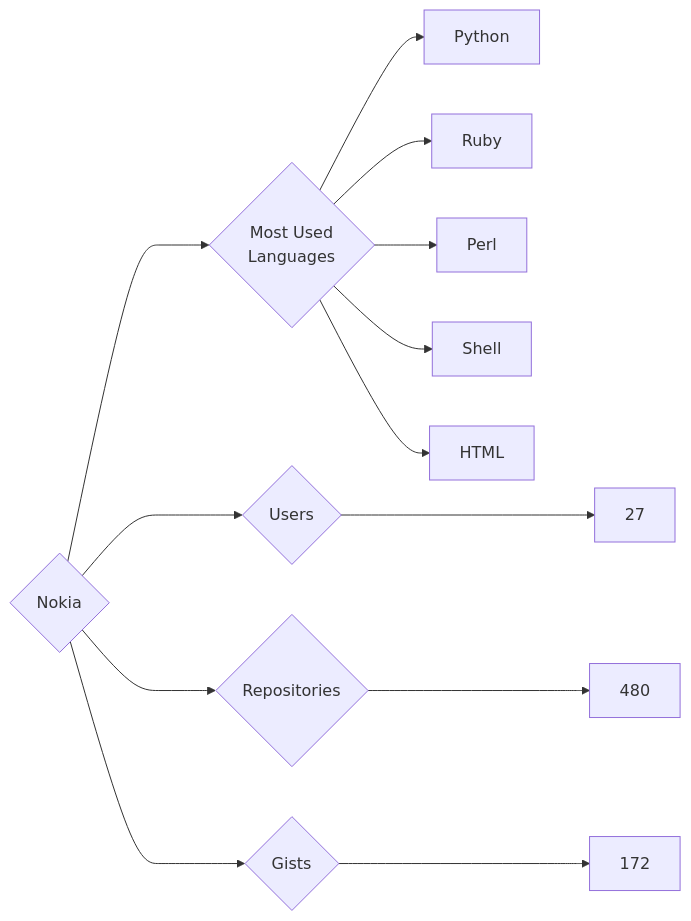
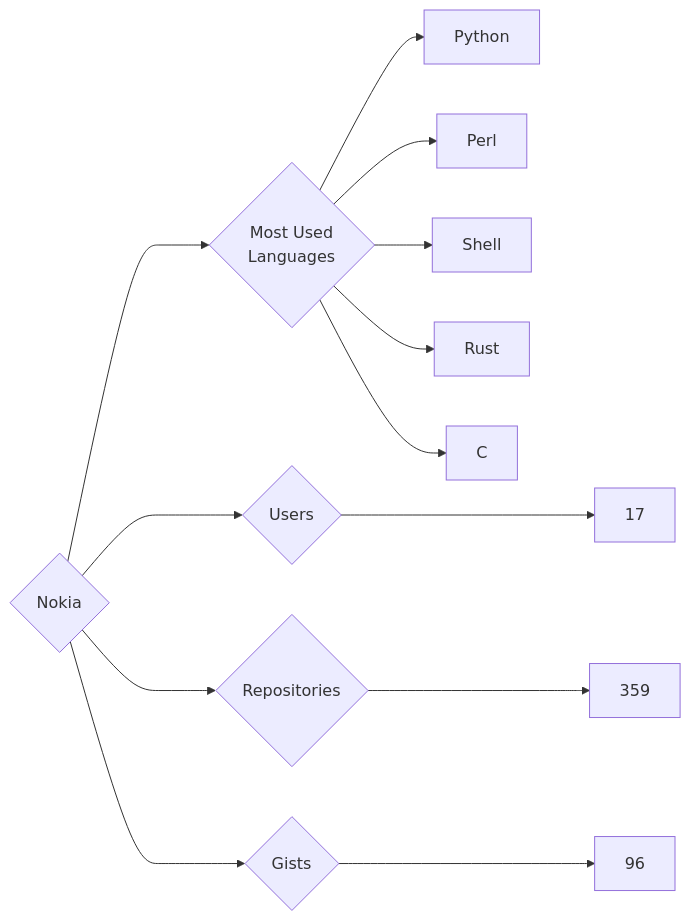
One commit to trickest/insiders changed the diagram in targets/Nokia/README.md. Above: the diagram before and after it, drawn with Mermaid. The commit also changed 871 other files, not shown here.

````diff
--- a/targets/Nokia/README.md
+++ b/targets/Nokia/README.md
@@ -3,13 +3,13 @@
 ```mermaid
 graph LR
 COMPANY_NAME{Nokia}
-COMPANY_NAME ---> U{Users} ---> UN[27]
-COMPANY_NAME ---> R{Repositories} ---> RN[480]
-COMPANY_NAME ---> G{Gists} ---> GN[172]
+COMPANY_NAME ---> U{Users} ---> UN[17]
+COMPANY_NAME ---> R{Repositories} ---> RN[359]
+COMPANY_NAME ---> G{Gists} ---> GN[96]
 COMPANY_NAME ---> ML{Most Used<br>Languages}
 ML --> Python[Python]
-ML --> Ruby[Ruby]
 ML --> Perl[Perl]
 ML --> Shell[Shell]
-ML --> HTML[HTML]
+ML --> Rust[Rust]
+ML --> C[C]
 ```
````
